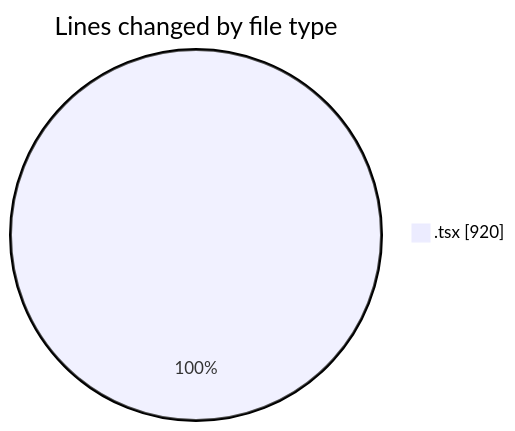
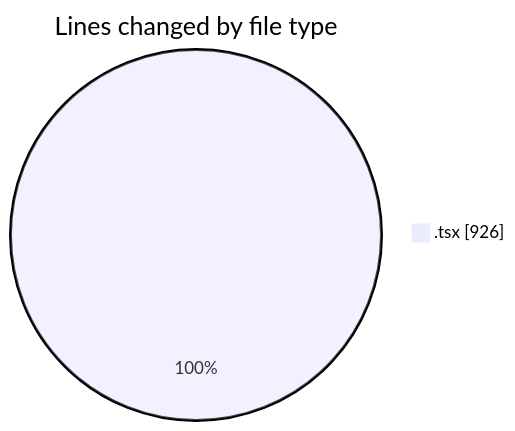
One commit to momahboobian/code-tracking changed the first of 2 diagrams in 2025-06-13/cda/README.md. Above: the diagram before and after it, drawn with Mermaid. The commit also changed other lines of this file and 1 other file, not shown here.

````diff
--- a/2025-06-13/cda/README.md
+++ b/2025-06-13/cda/README.md
@@ -21,5 +21,5 @@
 ```mermaid
 pie showData
 title Lines changed by file type
-".tsx" : 920
+".tsx" : 926
 ```
````
